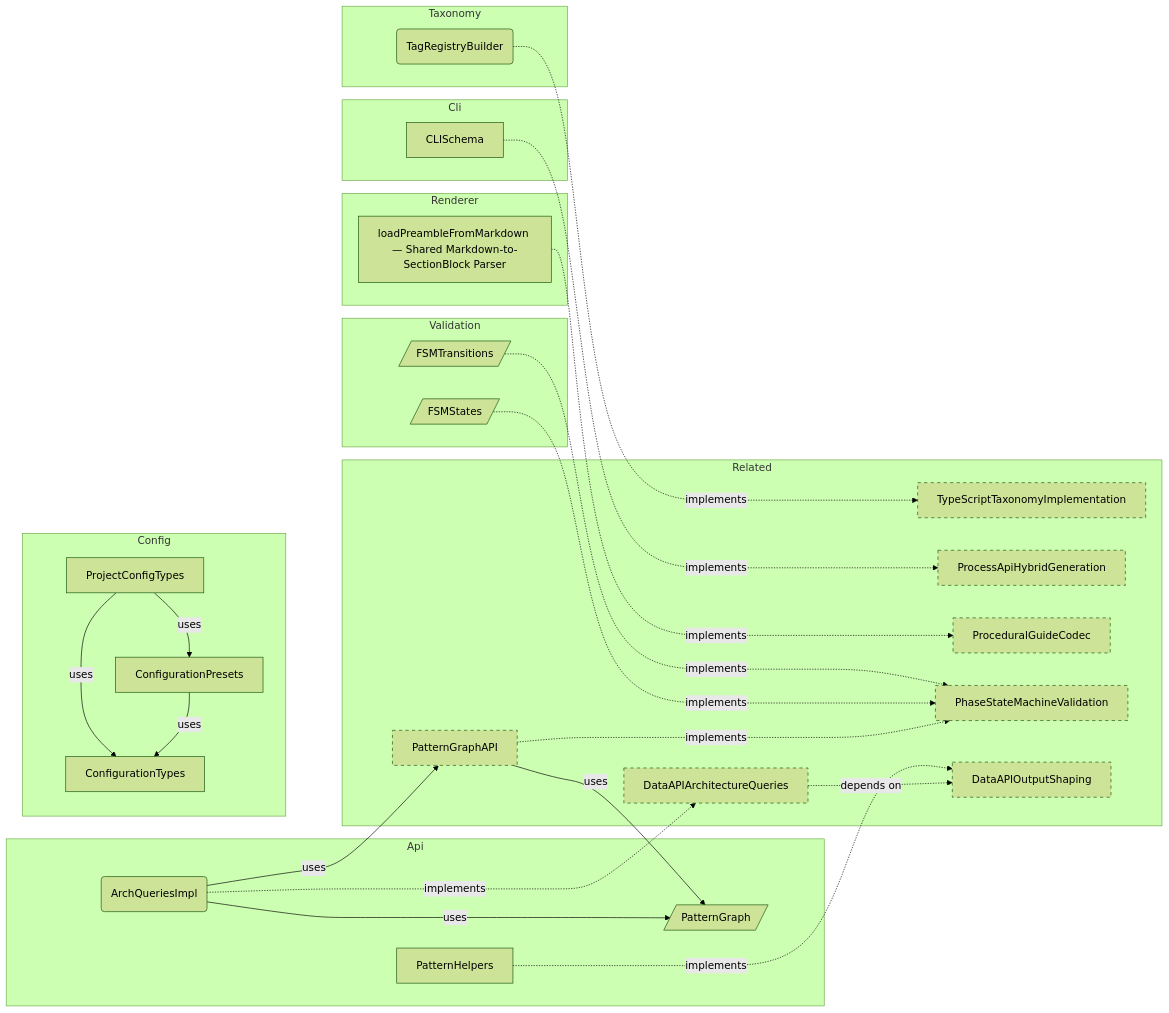
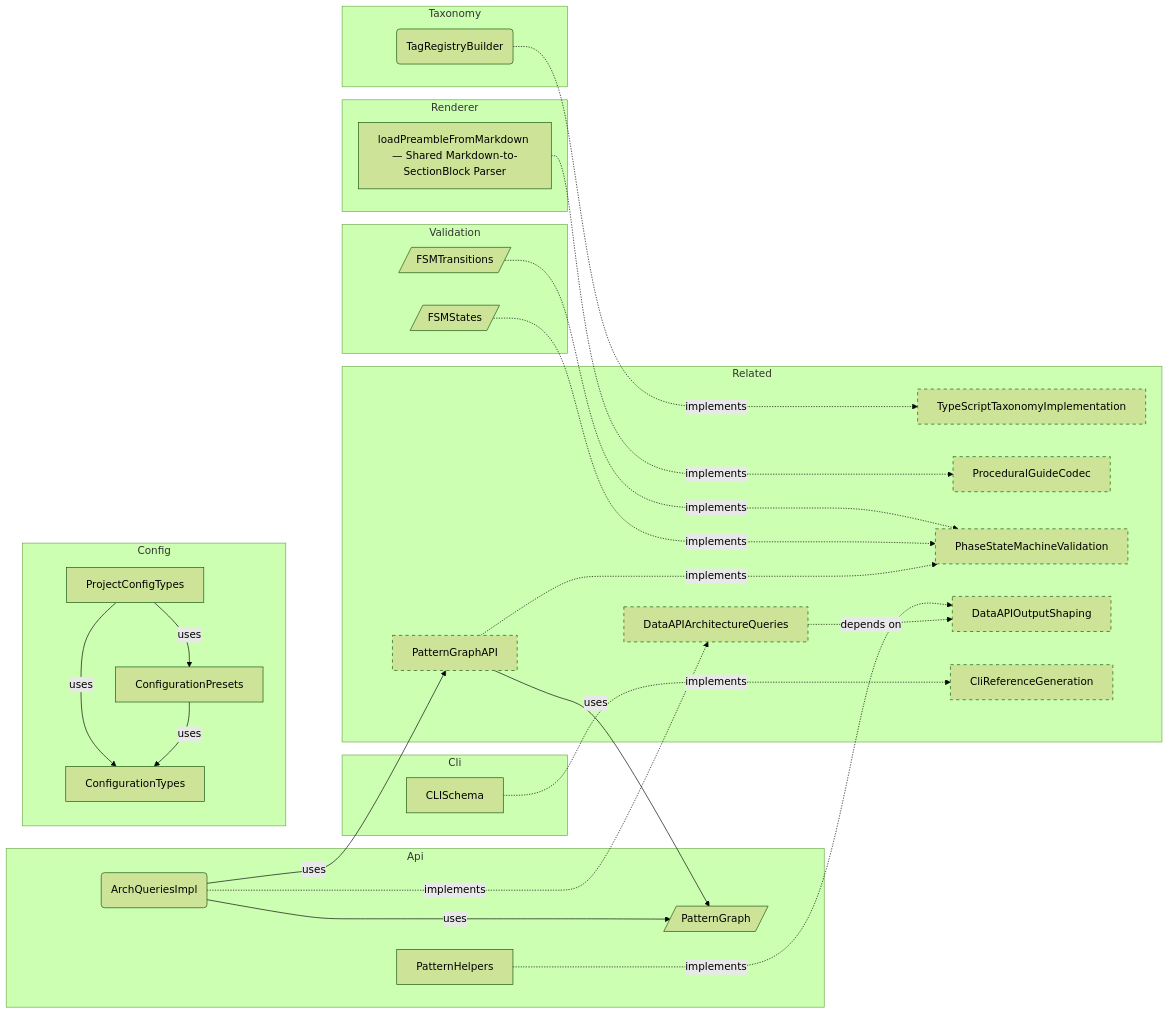
Before and after one commit to libar-dev/architect: the sixth of 6 diagrams in docs-live/reference/REFERENCE-SAMPLE.md, drawn with Mermaid (forest theme). The commit also changed other lines of this file and 114 other files, not shown here.

First line of the commit message:
fix: address adversarial review — complete process-api→pattern-graph-cli rename

````diff
--- a/docs-live/reference/REFERENCE-SAMPLE.md
+++ b/docs-live/reference/REFERENCE-SAMPLE.md
@@ -388,51 +388,51 @@
 ```mermaid
 graph LR
     subgraph api["Api"]
         PatternGraph[/"PatternGraph"/]
         PatternHelpers["PatternHelpers"]
         ArchQueriesImpl("ArchQueriesImpl")
     end
     subgraph cli["Cli"]
         CLISchema["CLISchema"]
     end
     subgraph config["Config"]
         ConfigurationTypes["ConfigurationTypes"]
         ProjectConfigTypes["ProjectConfigTypes"]
         ConfigurationPresets["ConfigurationPresets"]
     end
     subgraph renderer["Renderer"]
         loadPreambleFromMarkdown___Shared_Markdown_to_SectionBlock_Parser["loadPreambleFromMarkdown — Shared Markdown-to-SectionBlock Parser"]
     end
     subgraph taxonomy["Taxonomy"]
         TagRegistryBuilder("TagRegistryBuilder")
     end
     subgraph validation["Validation"]
         FSMTransitions[/"FSMTransitions"/]
         FSMStates[/"FSMStates"/]
     end
     subgraph related["Related"]
         PatternGraphAPI["PatternGraphAPI"]:::neighbor
         TypeScriptTaxonomyImplementation["TypeScriptTaxonomyImplementation"]:::neighbor
-        ProcessApiHybridGeneration["ProcessApiHybridGeneration"]:::neighbor
         ProceduralGuideCodec["ProceduralGuideCodec"]:::neighbor
         PhaseStateMachineValidation["PhaseStateMachineValidation"]:::neighbor
         DataAPIOutputShaping["DataAPIOutputShaping"]:::neighbor
         DataAPIArchitectureQueries["DataAPIArchitectureQueries"]:::neighbor
+        CliReferenceGeneration["CliReferenceGeneration"]:::neighbor
     end
     TagRegistryBuilder ..->|implements| TypeScriptTaxonomyImplementation
     loadPreambleFromMarkdown___Shared_Markdown_to_SectionBlock_Parser ..->|implements| ProceduralGuideCodec
-    CLISchema ..->|implements| ProcessApiHybridGeneration
+    CLISchema ..->|implements| CliReferenceGeneration
     ProjectConfigTypes -->|uses| ConfigurationTypes
     ProjectConfigTypes -->|uses| ConfigurationPresets
     ConfigurationPresets -->|uses| ConfigurationTypes
     PatternHelpers ..->|implements| DataAPIOutputShaping
     ArchQueriesImpl -->|uses| PatternGraphAPI
     ArchQueriesImpl -->|uses| PatternGraph
     ArchQueriesImpl ..->|implements| DataAPIArchitectureQueries
     FSMTransitions ..->|implements| PhaseStateMachineValidation
     FSMStates ..->|implements| PhaseStateMachineValidation
     PatternGraphAPI -->|uses| PatternGraph
     PatternGraphAPI ..->|implements| PhaseStateMachineValidation
     DataAPIArchitectureQueries -.->|depends on| DataAPIOutputShaping
     classDef neighbor stroke-dasharray: 5 5
 ```
````
